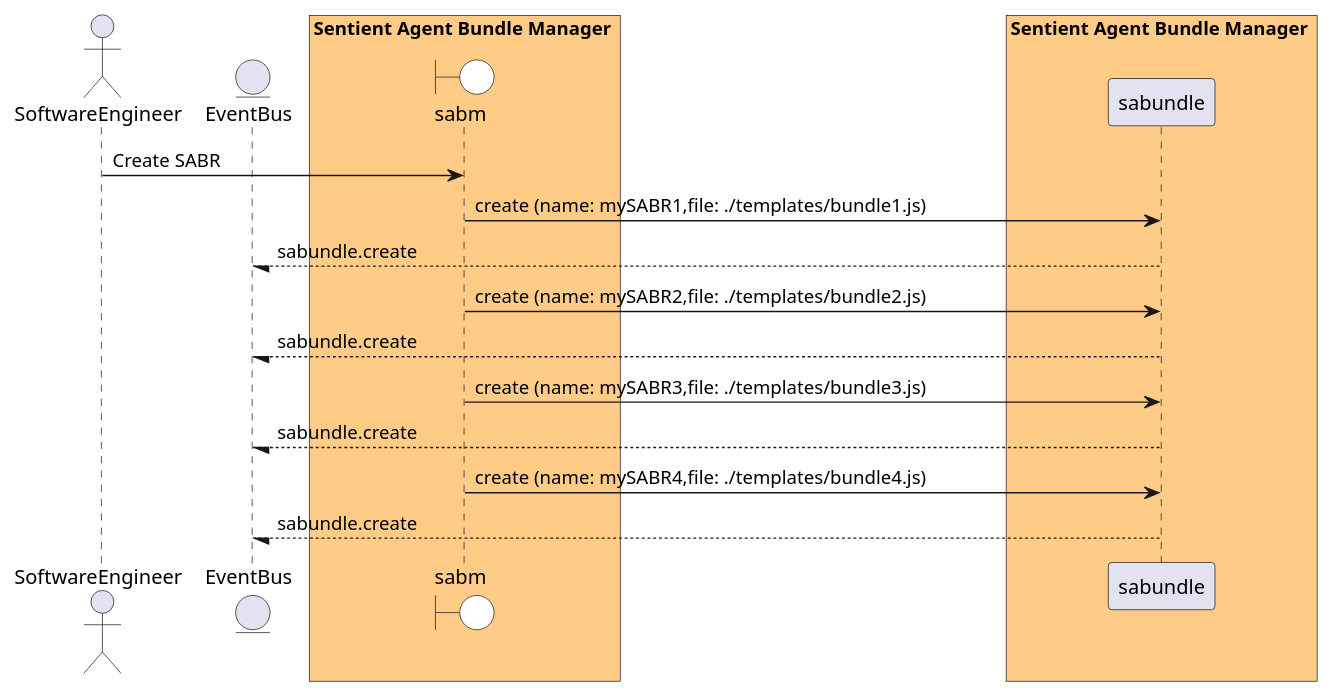
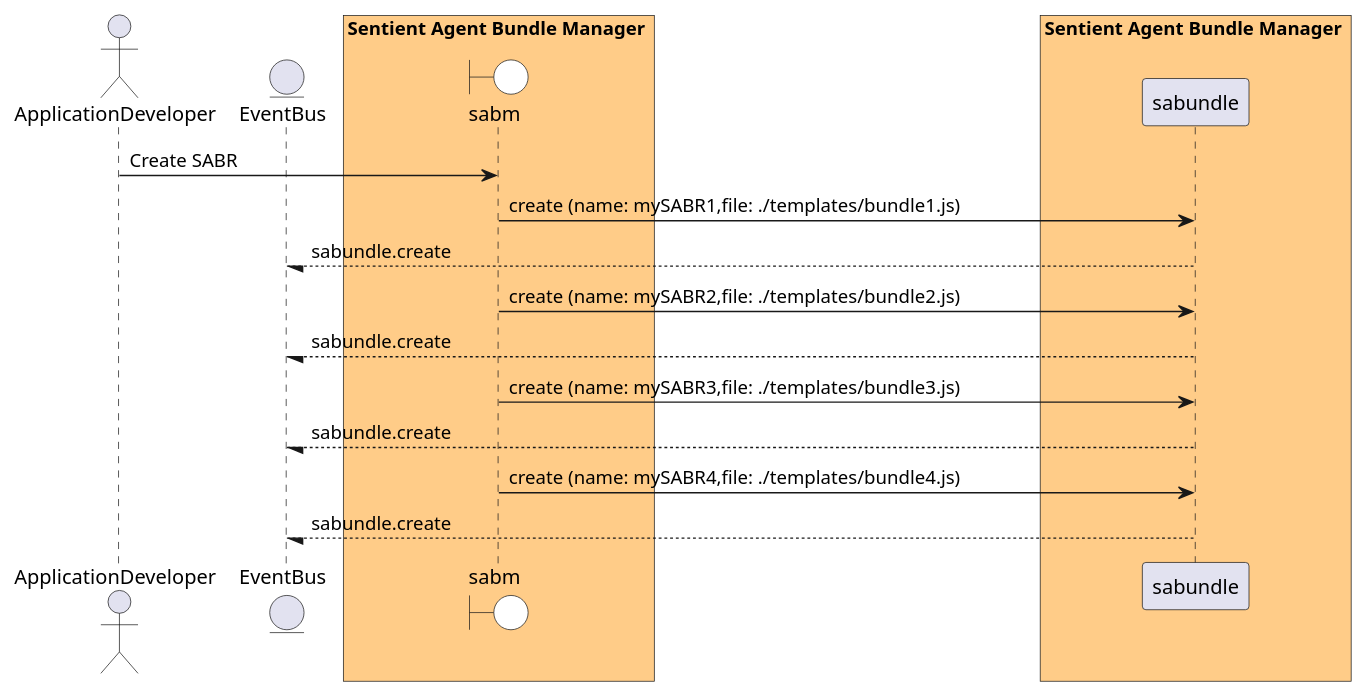
Before and after one commit to madajaju/sabr: the diagram in docs/sabr/diml/sabm/usecases/managesabr/CreateSABR.puml, drawn with PlantUML. The commit also changed 597 other files, not shown here.

```diff
--- a/docs/sabr/diml/sabm/usecases/managesabr/CreateSABR.puml
+++ b/docs/sabr/diml/sabm/usecases/managesabr/CreateSABR.puml
@@ -1,38 +1,38 @@
 @startuml
 
-actor "SoftwareEngineer"
+actor "ApplicationDeveloper"
 
 
 entity EventBus
 
 box Sentient Agent Bundle Manager #ffcc88
     boundary sabm #white
 end box
 
 
 box Sentient Agent Bundle Manager #ffcc88
             participant sabundle
     end box
 
 
-"SoftwareEngineer" -> sabm: Create SABR
+"ApplicationDeveloper" -> sabm: Create SABR
 
     sabm -> "sabundle": create (name: mySABR1,file: ./templates/bundle1.js)
 
     "sabundle" --/ EventBus: sabundle.create
 
     sabm -> "sabundle": create (name: mySABR2,file: ./templates/bundle2.js)
 
     "sabundle" --/ EventBus: sabundle.create
 
     sabm -> "sabundle": create (name: mySABR3,file: ./templates/bundle3.js)
 
     "sabundle" --/ EventBus: sabundle.create
 
     sabm -> "sabundle": create (name: mySABR4,file: ./templates/bundle4.js)
 
     "sabundle" --/ EventBus: sabundle.create
 
 
 
 @enduml
```
